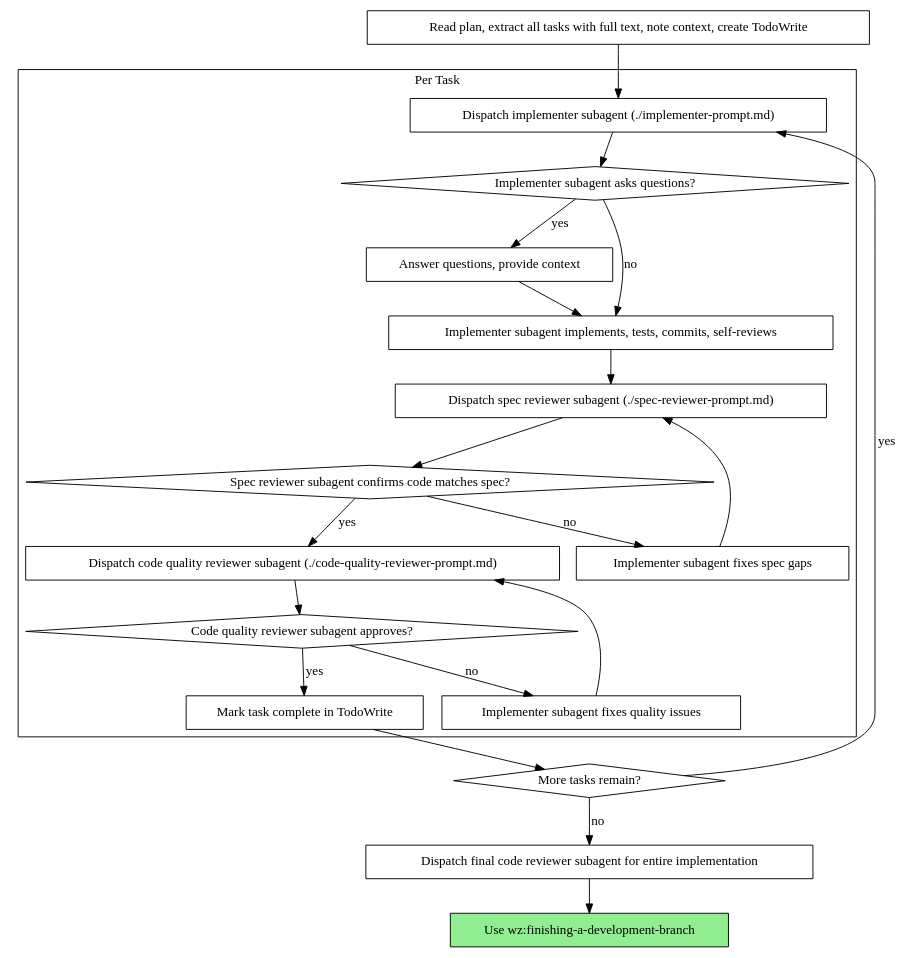
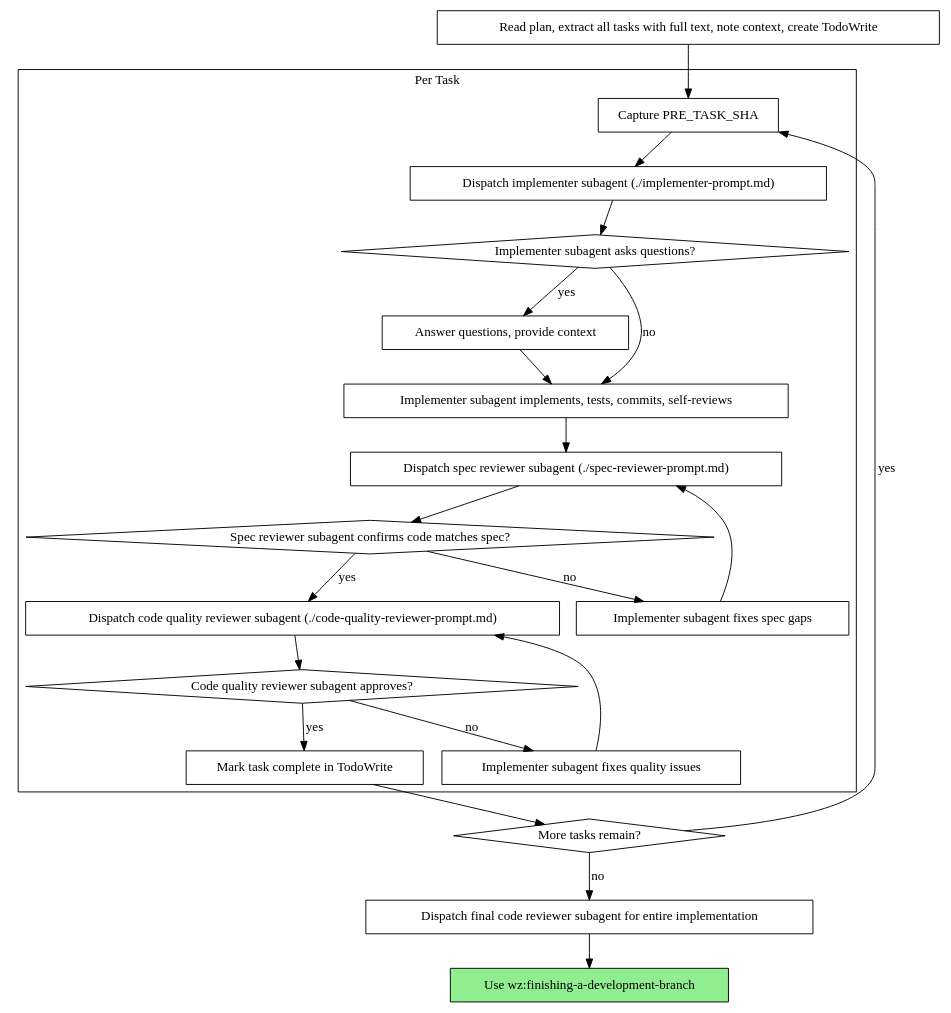
One commit to MohamedAbdallah-14/Wazir changed the second of 2 diagrams in skills/subagent-driven-development/SKILL.md. Above: the diagram before and after it, drawn with Graphviz. The commit also changed other lines of this file and 60 other files, not shown here.

````diff
--- a/skills/subagent-driven-development/SKILL.md
+++ b/skills/subagent-driven-development/SKILL.md
@@ -42,44 +42,46 @@
 ```dot
 digraph process {
     rankdir=TB;
 
     subgraph cluster_per_task {
         label="Per Task";
+        "Capture PRE_TASK_SHA" [shape=box];
         "Dispatch implementer subagent (./implementer-prompt.md)" [shape=box];
         "Implementer subagent asks questions?" [shape=diamond];
         "Answer questions, provide context" [shape=box];
         "Implementer subagent implements, tests, commits, self-reviews" [shape=box];
         "Dispatch spec reviewer subagent (./spec-reviewer-prompt.md)" [shape=box];
         "Spec reviewer subagent confirms code matches spec?" [shape=diamond];
         "Implementer subagent fixes spec gaps" [shape=box];
         "Dispatch code quality reviewer subagent (./code-quality-reviewer-prompt.md)" [shape=box];
         "Code quality reviewer subagent approves?" [shape=diamond];
         "Implementer subagent fixes quality issues" [shape=box];
         "Mark task complete in TodoWrite" [shape=box];
     }
 
     "Read plan, extract all tasks with full text, note context, create TodoWrite" [shape=box];
     "More tasks remain?" [shape=diamond];
     "Dispatch final code reviewer subagent for entire implementation" [shape=box];
     "Use wz:finishing-a-development-branch" [shape=box style=filled fillcolor=lightgreen];
 
-    "Read plan, extract all tasks with full text, note context, create TodoWrite" -> "Dispatch implementer subagent (./implementer-prompt.md)";
+    "Read plan, extract all tasks with full text, note context, create TodoWrite" -> "Capture PRE_TASK_SHA";
+    "Capture PRE_TASK_SHA" -> "Dispatch implementer subagent (./implementer-prompt.md)";
     "Dispatch implementer subagent (./implementer-prompt.md)" -> "Implementer subagent asks questions?";
     "Implementer subagent asks questions?" -> "Answer questions, provide context" [label="yes"];
     "Answer questions, provide context" -> "Implementer subagent implements, tests, commits, self-reviews";
     "Implementer subagent asks questions?" -> "Implementer subagent implements, tests, commits, self-reviews" [label="no"];
     "Implementer subagent implements, tests, commits, self-reviews" -> "Dispatch spec reviewer subagent (./spec-reviewer-prompt.md)";
     "Dispatch spec reviewer subagent (./spec-reviewer-prompt.md)" -> "Spec reviewer subagent confirms code matches spec?";
     "Spec reviewer subagent confirms code matches spec?" -> "Dispatch code quality reviewer subagent (./code-quality-reviewer-prompt.md)" [label="yes"];
     "Spec reviewer subagent confirms code matches spec?" -> "Implementer subagent fixes spec gaps" [label="no"];
     "Implementer subagent fixes spec gaps" -> "Dispatch spec reviewer subagent (./spec-reviewer-prompt.md)";
     "Dispatch code quality reviewer subagent (./code-quality-reviewer-prompt.md)" -> "Code quality reviewer subagent approves?";
     "Code quality reviewer subagent approves?" -> "Mark task complete in TodoWrite" [label="yes"];
     "Code quality reviewer subagent approves?" -> "Implementer subagent fixes quality issues" [label="no"];
     "Implementer subagent fixes quality issues" -> "Dispatch code quality reviewer subagent (./code-quality-reviewer-prompt.md)";
     "Mark task complete in TodoWrite" -> "More tasks remain?";
-    "More tasks remain?" -> "Dispatch implementer subagent (./implementer-prompt.md)" [label="yes"];
+    "More tasks remain?" -> "Capture PRE_TASK_SHA" [label="yes"];
     "More tasks remain?" -> "Dispatch final code reviewer subagent for entire implementation" [label="no"];
     "Dispatch final code reviewer subagent for entire implementation" -> "Use wz:finishing-a-development-branch";
 }
 ```
````
